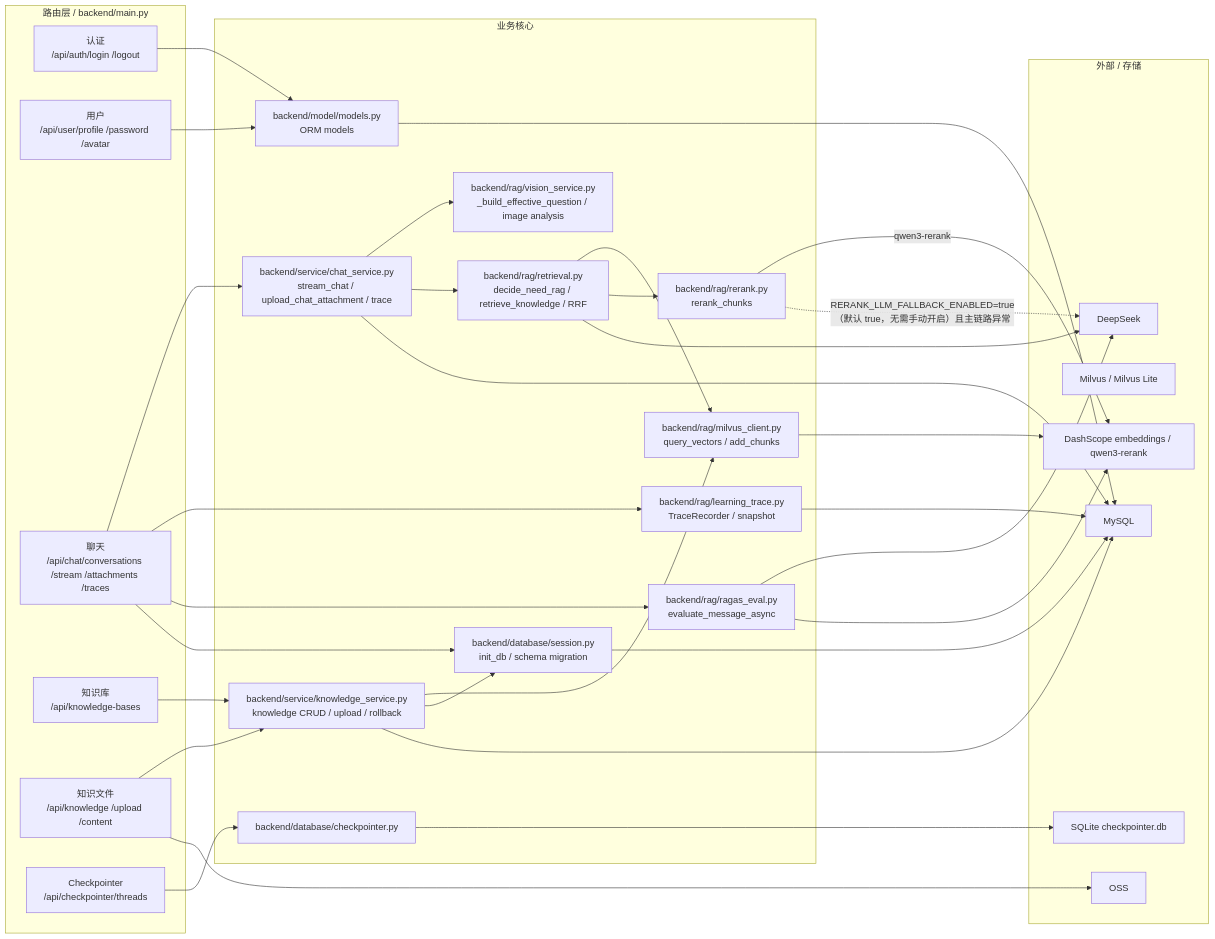
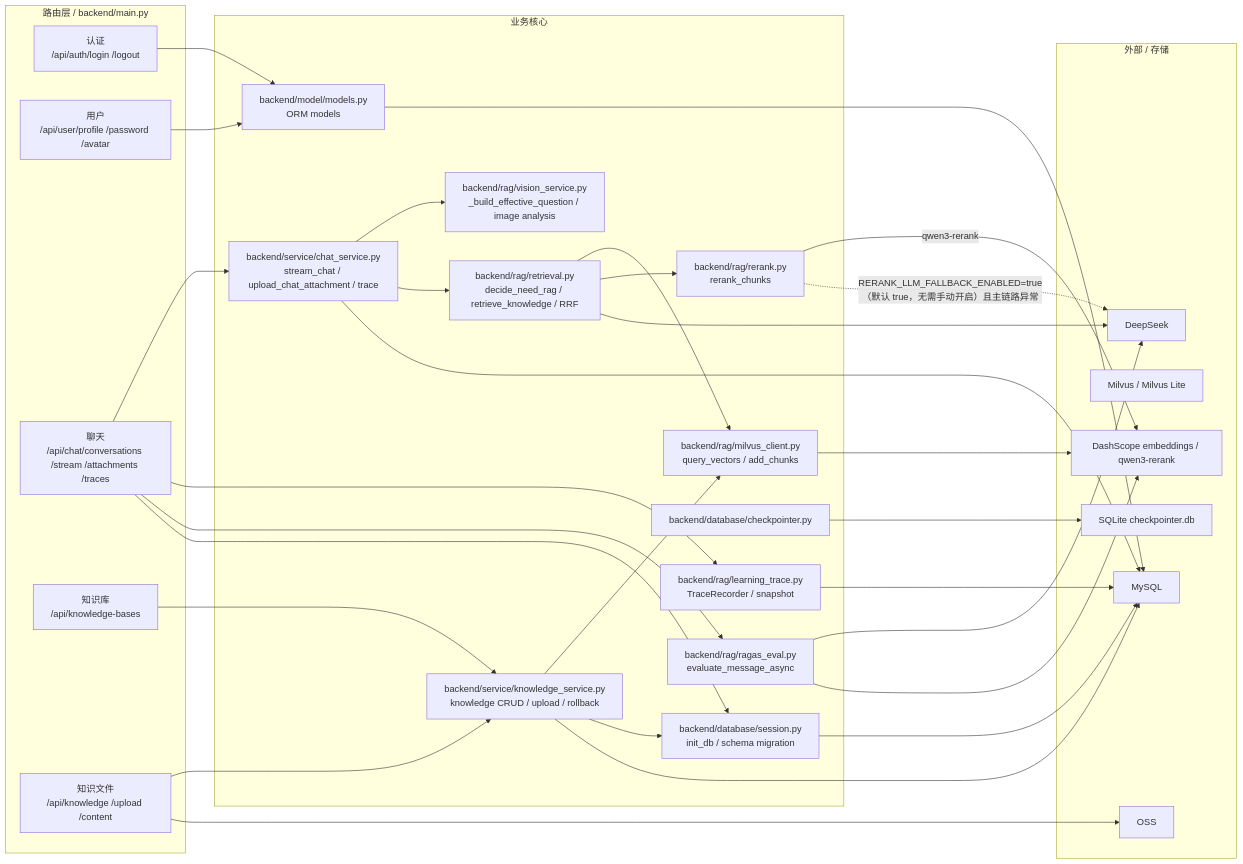
One commit to baiye-banned/Agent_about_answer changed the third of 8 diagrams in docs/PROJECT_ARCHITECTURE_FULL.md. Above: the diagram before and after it, drawn with Mermaid. The commit also changed other lines of this file and 3 other files, not shown here.

````diff
--- a/docs/PROJECT_ARCHITECTURE_FULL.md
+++ b/docs/PROJECT_ARCHITECTURE_FULL.md
@@ -152,64 +152,62 @@
 ```mermaid
 flowchart LR
   subgraph Routes["路由层 / backend/main.py"]
     Auth["认证<br/>/api/auth/login /logout"]
     User["用户<br/>/api/user/profile /password /avatar"]
     Chat["聊天<br/>/api/chat/conversations /stream /attachments /traces"]
     KB["知识库<br/>/api/knowledge-bases"]
     Files["知识文件<br/>/api/knowledge /upload /content"]
-    CheckpointerRoute["Checkpointer<br/>/api/checkpointer/threads"]
   end
 
   subgraph Core["业务核心"]
     DB["backend/database/session.py<br/>init_db / schema migration"]
     Models["backend/model/models.py<br/>ORM models"]
     ChatSvc["backend/service/chat_service.py<br/>stream_chat / upload_chat_attachment / trace"]
     KnowledgeSvc["backend/service/knowledge_service.py<br/>knowledge CRUD / upload / rollback"]
     VisionSvc["backend/rag/vision_service.py<br/>_build_effective_question / image analysis"]
     Retrieval["backend/rag/retrieval.py<br/>decide_need_rag / retrieve_knowledge / RRF"]
     RerankSvc["backend/rag/rerank.py<br/>rerank_chunks"]
     MilvusClient["backend/rag/milvus_client.py<br/>query_vectors / add_chunks"]
     Trace["backend/rag/learning_trace.py<br/>TraceRecorder / snapshot"]
     Ragas["backend/rag/ragas_eval.py<br/>evaluate_message_async"]
     Checkpointer["backend/database/checkpointer.py"]
   end
 
   subgraph Services["外部 / 存储"]
     MySQL["MySQL"]
     Milvus["Milvus / Milvus Lite"]
     OSS["OSS"]
     DeepSeek["DeepSeek"]
     DashScope["DashScope embeddings / qwen3-rerank"]
     SQLite["SQLite checkpointer.db"]
   end
 
   Auth --> Models
   User --> Models
   Chat --> ChatSvc
   KB --> KnowledgeSvc
   Files --> KnowledgeSvc
   ChatSvc --> VisionSvc
   ChatSvc --> Retrieval
   KnowledgeSvc --> MilvusClient
   KnowledgeSvc --> DB
   Retrieval --> MilvusClient
   Retrieval --> RerankSvc
   RerankSvc -->|"qwen3-rerank"| DashScope
   RerankSvc -.->|"RERANK_LLM_FALLBACK_ENABLED=true（默认 true，无需手动开启）且主链路异常"| DeepSeek
   Chat --> Trace
   Chat --> Ragas
   Chat --> DB
-  CheckpointerRoute --> Checkpointer
 
   DB --> MySQL
   Models --> MySQL
   ChatSvc --> MySQL
   KnowledgeSvc --> MySQL
   Retrieval --> DeepSeek
   MilvusClient --> DashScope
   Trace --> MySQL
   Ragas --> DeepSeek
   Ragas --> DashScope
   Checkpointer --> SQLite
   Files --> OSS
 ```
````
